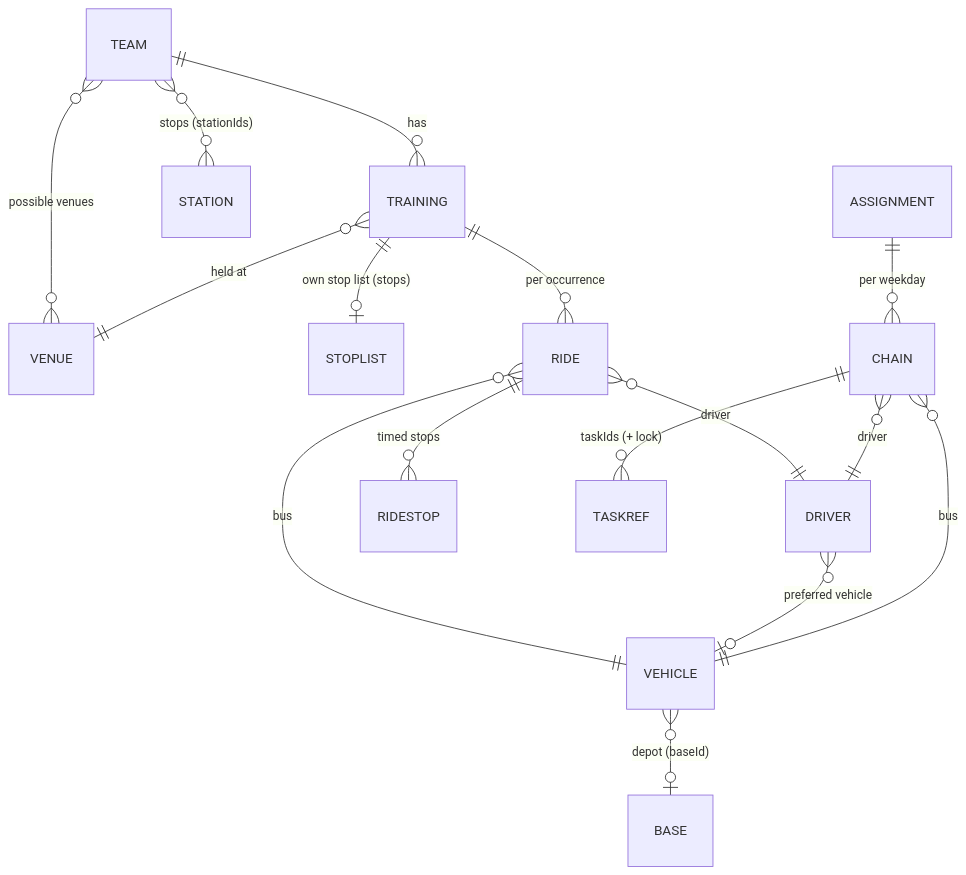
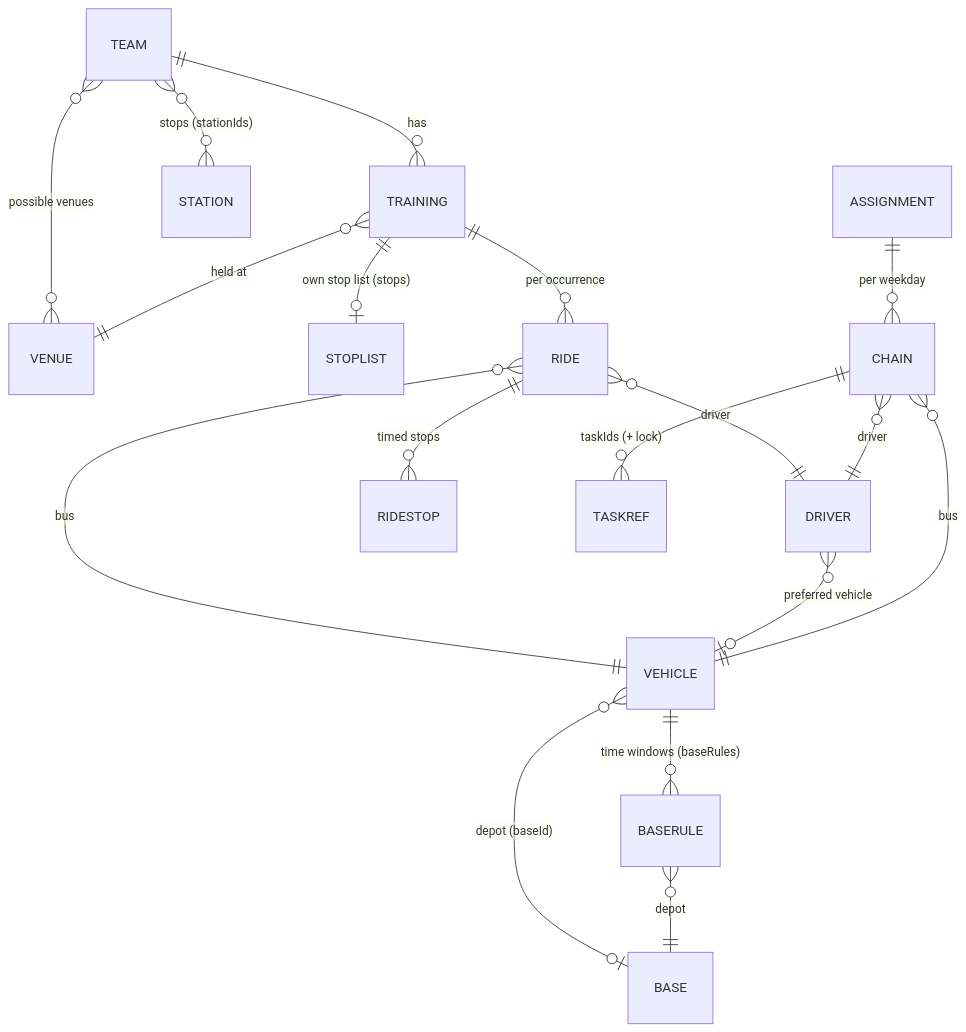
The third of 4 diagrams in docs/ARCHITECTURE.md (btndbrt/fuvarterv), drawn with Mermaid before and after one commit. The commit also changed other lines of this file and 10 other files, not shown here.

First line of the commit message:
Add time-dependent depots per vehicle

````diff
--- a/docs/ARCHITECTURE.md
+++ b/docs/ARCHITECTURE.md
@@ -277,18 +278,20 @@
 ```mermaid
 erDiagram
     TEAM ||--o{ TRAINING : "has"
     TEAM }o--o{ STATION : "stops (stationIds)"
     TEAM }o--o{ VENUE : "possible venues"
     TRAINING }o--|| VENUE : "held at"
     TRAINING ||--o| STOPLIST : "own stop list (stops)"
     TRAINING ||--o{ RIDE : "per occurrence"
     RIDE }o--|| VEHICLE : "bus"
     RIDE }o--|| DRIVER : "driver"
     RIDE ||--o{ RIDESTOP : "timed stops"
     VEHICLE }o--o| BASE : "depot (baseId)"
+    VEHICLE ||--o{ BASERULE : "time windows (baseRules)"
+    BASERULE }o--|| BASE : "depot"
     DRIVER }o--o| VEHICLE : "preferred vehicle"
     ASSIGNMENT ||--o{ CHAIN : "per weekday"
     CHAIN }o--|| DRIVER : "driver"
     CHAIN }o--|| VEHICLE : "bus"
     CHAIN ||--o{ TASKREF : "taskIds (+ lock)"
 ```
````
